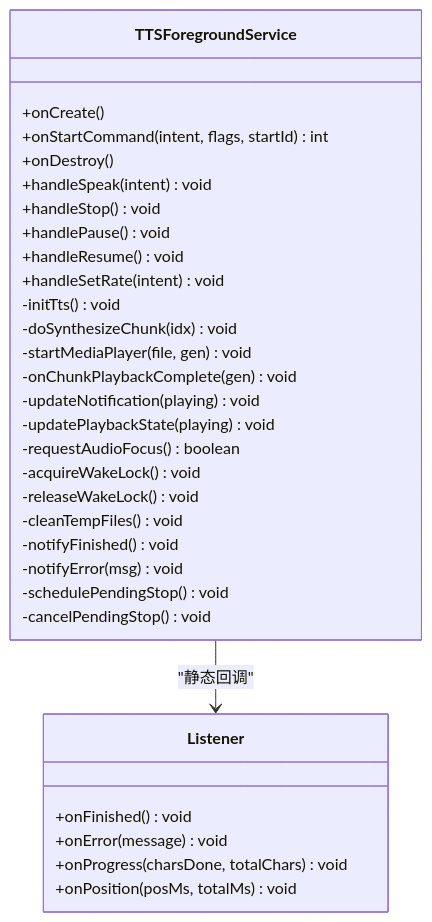
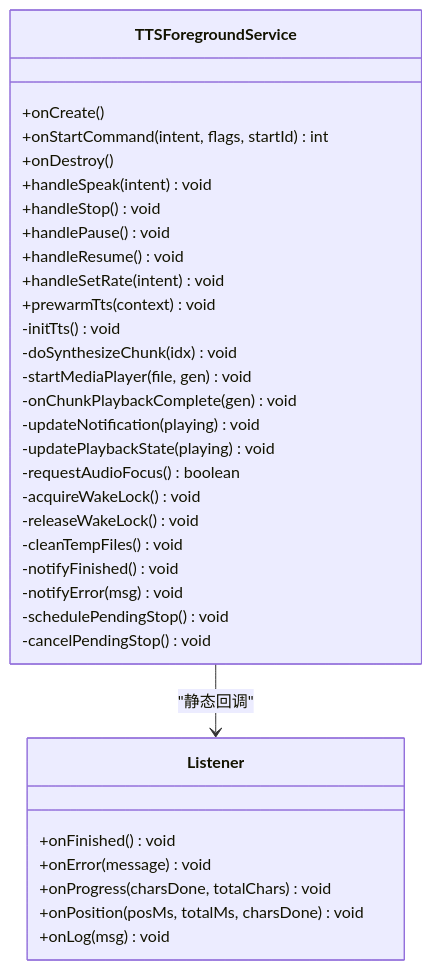
One commit to zhao-zg/cx changed the third of 5 diagrams in .qoder/repowiki/zh/content/移动应用开发/服务管理.md. Above: the diagram before and after it, drawn with Mermaid. The commit also changed other lines of this file and 44 other files, not shown here.

````diff
--- a/.qoder/repowiki/zh/content/移动应用开发/服务管理.md
+++ b/.qoder/repowiki/zh/content/移动应用开发/服务管理.md
@@ -163,34 +161,36 @@
 ```mermaid
 classDiagram
 class TTSForegroundService {
 +onCreate()
 +onStartCommand(intent, flags, startId) int
 +onDestroy()
 +handleSpeak(intent) void
 +handleStop() void
 +handlePause() void
 +handleResume() void
 +handleSetRate(intent) void
++prewarmTts(context) void
 -initTts() void
 -doSynthesizeChunk(idx) void
 -startMediaPlayer(file, gen) void
 -onChunkPlaybackComplete(gen) void
 -updateNotification(playing) void
 -updatePlaybackState(playing) void
 -requestAudioFocus() boolean
 -acquireWakeLock() void
 -releaseWakeLock() void
 -cleanTempFiles() void
 -notifyFinished() void
 -notifyError(msg) void
 -schedulePendingStop() void
 -cancelPendingStop() void
 }
 class Listener {
 +onFinished() void
 +onError(message) void
 +onProgress(charsDone, totalChars) void
-+onPosition(posMs, totalMs) void
++onPosition(posMs, totalMs, charsDone) void
++onLog(msg) void
 }
 TTSForegroundService --> Listener : "静态回调"
 ```
````
